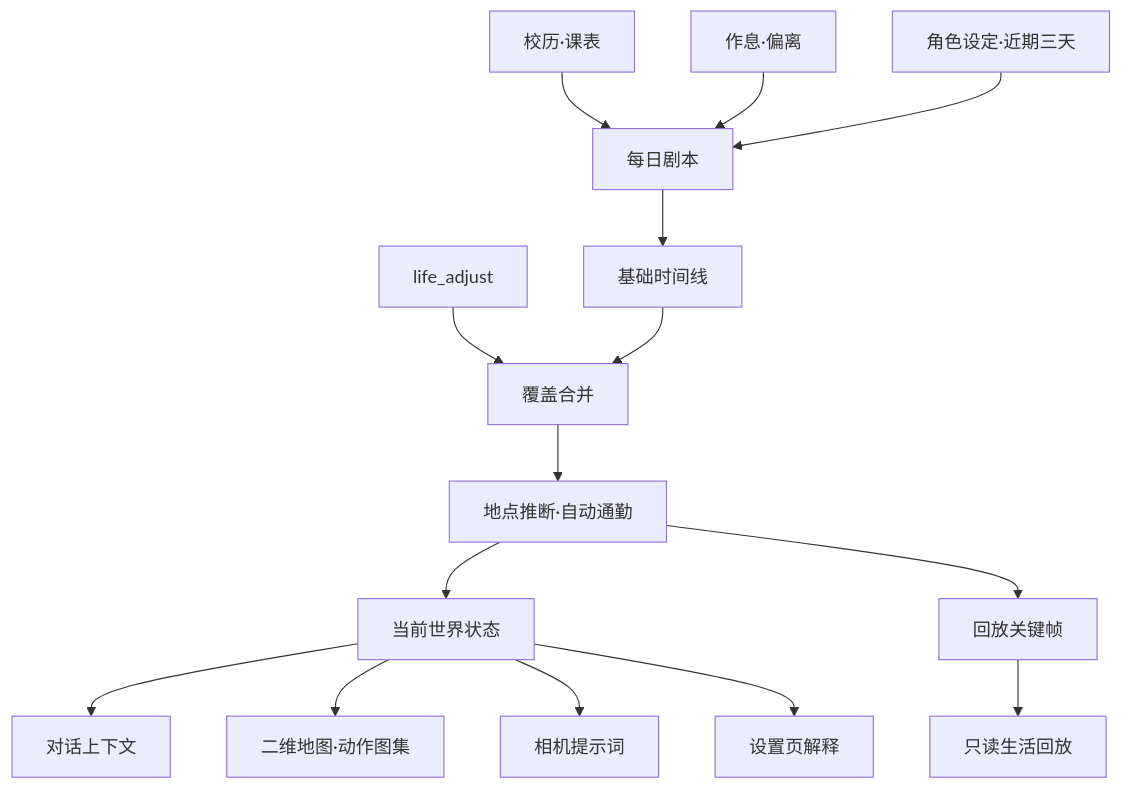
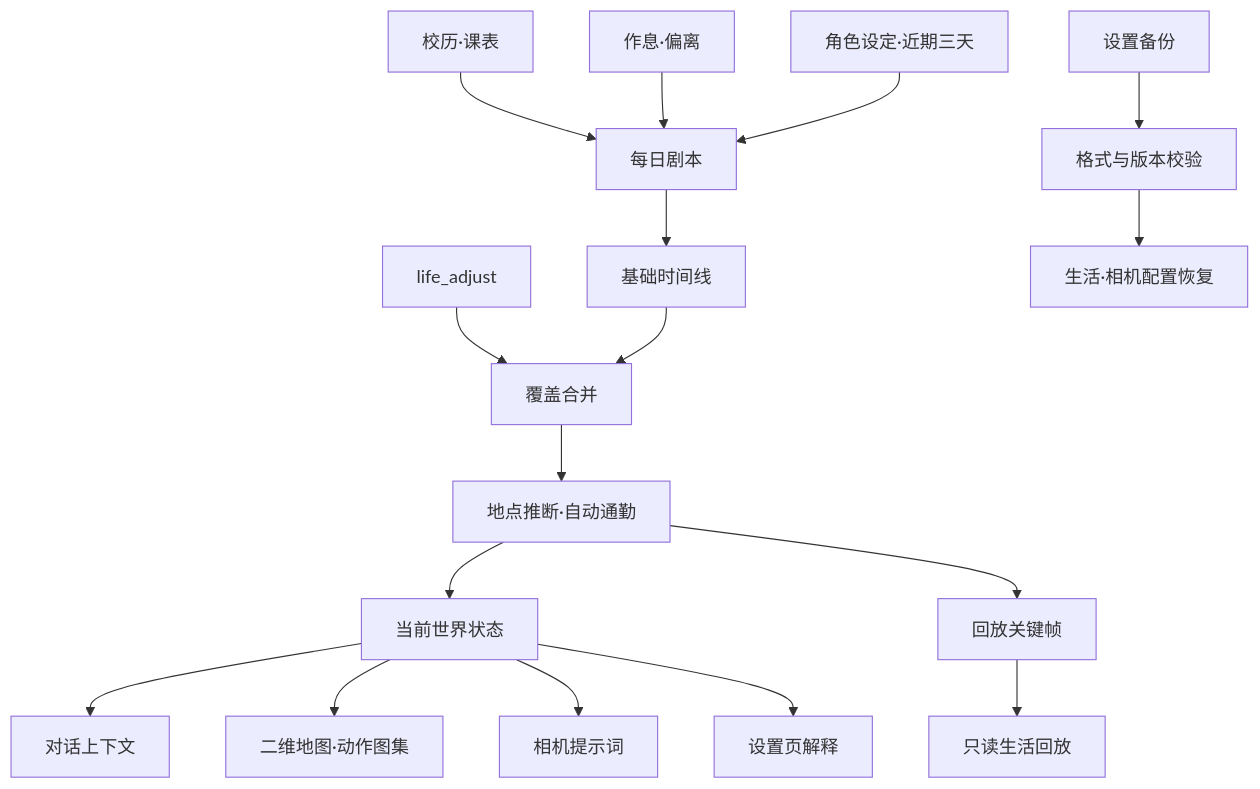
Before and after one commit to Vansnc/dsh-feiyu-life: the diagram in docs/DESIGN.md, drawn with Mermaid. The commit also changed other lines of this file and 12 other files, not shown here.

````diff
--- a/docs/DESIGN.md
+++ b/docs/DESIGN.md
@@ -19,17 +19,19 @@
 ```mermaid
 flowchart TD
   A[校历·课表] --> D[每日剧本]
   B[作息·偏离] --> D
   C[角色设定·近期三天] --> D
   D --> E[基础时间线]
   F[life_adjust] --> G[覆盖合并]
   E --> G
   G --> H[地点推断·自动通勤]
   H --> I[当前世界状态]
   I --> J[对话上下文]
   I --> K[二维地图·动作图集]
   I --> L[相机提示词]
   I --> M[设置页解释]
   H --> N[回放关键帧]
   N --> O[只读生活回放]
+  P[设置备份] --> Q[格式与版本校验]
+  Q --> R[生活·相机配置恢复]
 ```
````
